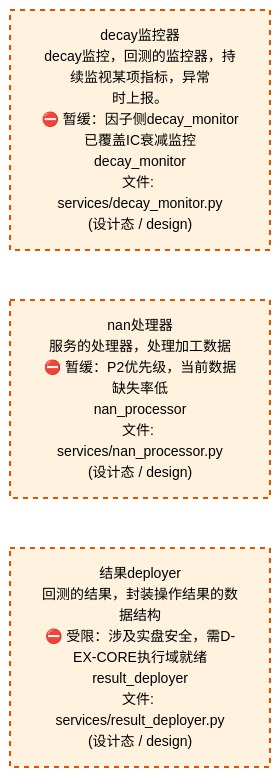
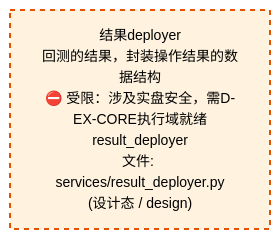
Before and after one commit to xuanFelixVan/ZephyrAlpha: the third of 4 diagrams in docs/02_enterprise_architecture/02_domain_architecture_docs/35_d_backtest.md, drawn with Mermaid. The commit also changed other lines of this file and 50 other files, not shown here.

````diff
--- a/docs/02_enterprise_architecture/02_domain_architecture_docs/35_d_backtest.md
+++ b/docs/02_enterprise_architecture/02_domain_architecture_docs/35_d_backtest.md
@@ -288,14 +293,10 @@
 ```mermaid
 %%{init: {'theme': 'base', 'themeVariables': {'primaryColor': '#eaeaea', 'primaryTextColor': '#333333', 'primaryBorderColor': '#666666', 'lineColor': '#666666', 'secondaryColor': '#eaeaea', 'tertiaryColor': '#eaeaea', 'fontSize': '14px'}}}%%
 flowchart TD
-    src_zephyr_backtest_services_decay_monitor_py["decay监控器<br/>decay监控，回测的监控器，持续监视某项指标，异常<br/>时上报。<br/>⛔ 暂缓：因子侧decay_monitor已覆盖IC衰减监控<br/>decay_monitor<br/>文件: services/decay_monitor.py<br/>(设计态 / design)"]
-    src_zephyr_backtest_services_nan_processor_py["nan处理器<br/>服务的处理器，处理加工数据<br/>⛔ 暂缓：P2优先级，当前数据缺失率低<br/>nan_processor<br/>文件: services/nan_processor.py<br/>(设计态 / design)"]
     src_zephyr_backtest_services_result_deployer_py["结果deployer<br/>回测的结果，封装操作结果的数据结构<br/>⛔ 受限：涉及实盘安全，需D-EX-CORE执行域就绪<br/>result_deployer<br/>文件: services/result_deployer.py<br/>(设计态 / design)"]
-    src_zephyr_backtest_services_decay_monitor_py ~~~ src_zephyr_backtest_services_nan_processor_py
-    src_zephyr_backtest_services_nan_processor_py ~~~ src_zephyr_backtest_services_result_deployer_py
     classDef production fill:#e1f5fe,stroke:#01579b,stroke-width:2px,color:#000
     classDef design fill:#fff3e0,stroke:#e65100,stroke-width:2px,color:#000,stroke-dasharray: 5 5
     classDef external_prod fill:#e8f4fd,stroke:#0277bd,stroke-width:1px,color:#000
     classDef external_design fill:#fff8e7,stroke:#ef6c00,stroke-width:1px,color:#000,stroke-dasharray: 5 5
-    class src_zephyr_backtest_services_decay_monitor_py,src_zephyr_backtest_services_nan_processor_py,src_zephyr_backtest_services_result_deployer_py design
+    class src_zephyr_backtest_services_result_deployer_py design
 ```
````
